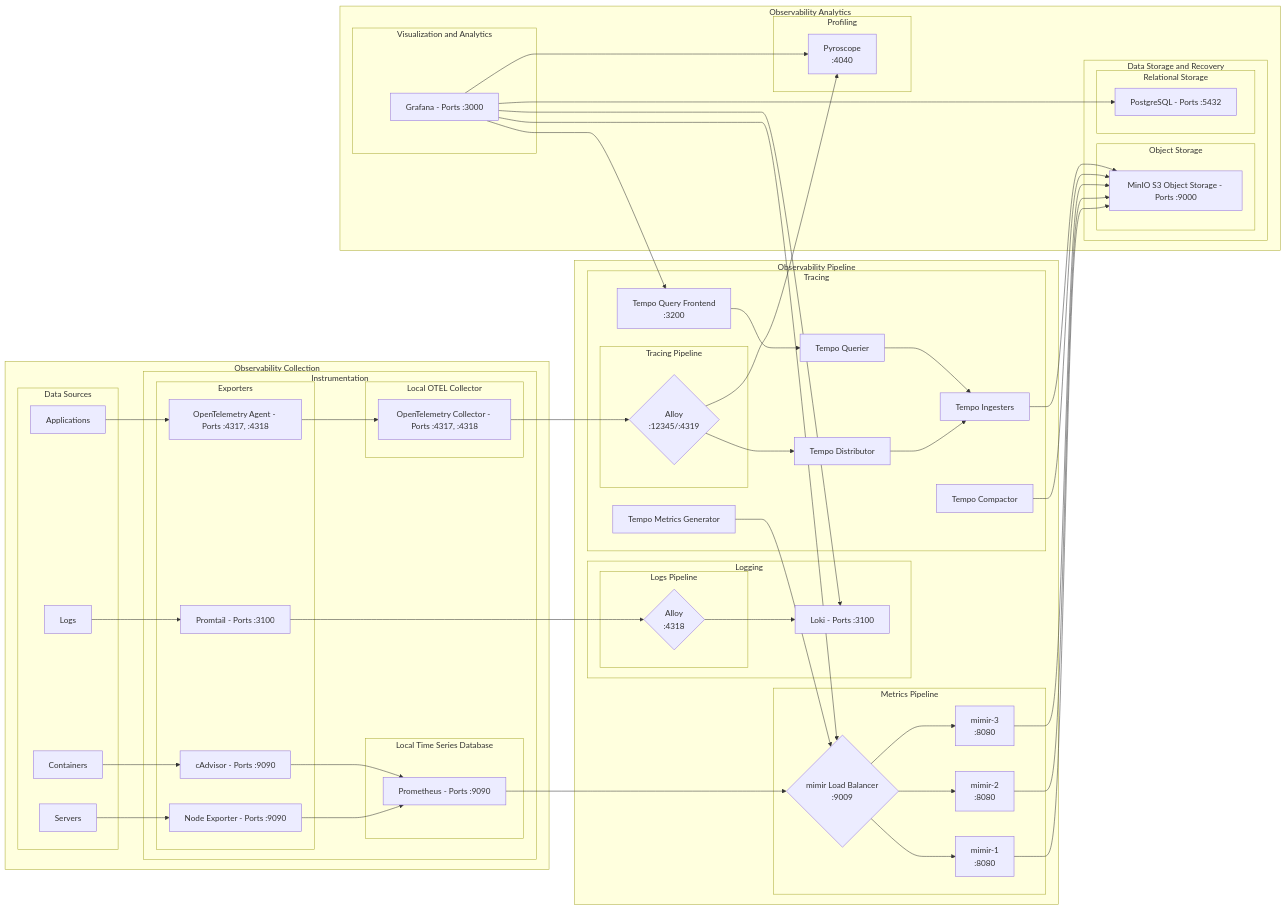
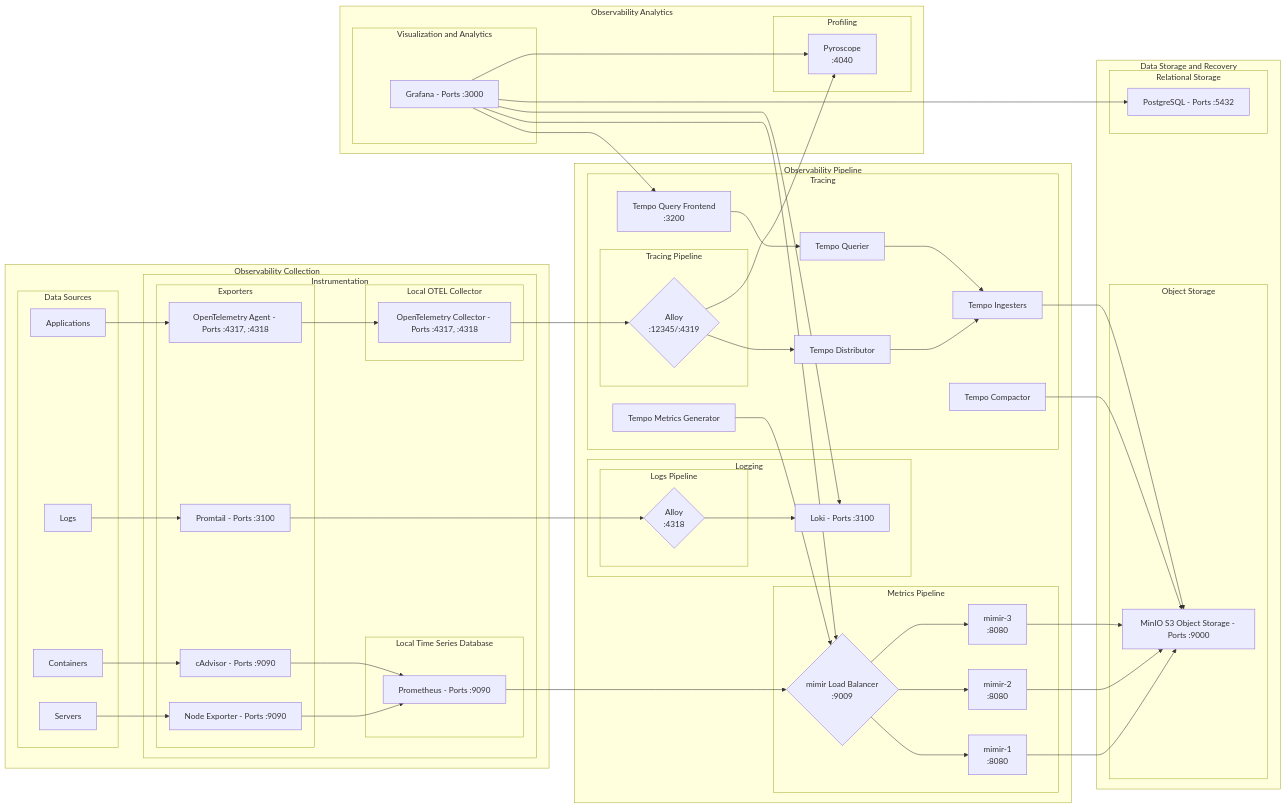
Before and after one commit to uhstray-io/o11y: the diagram in README.md, drawn with Mermaid.

Commit message:
cleaned up architecture diagram some more

```diff
--- a/README.md
+++ b/README.md
@@ -62,7 +62,6 @@
 
     subgraph Observability Analytics
 
-
         subgraph Visualization and Analytics
             grafana[Grafana - Ports :3000]
         end
@@ -71,13 +70,14 @@
             pyroscope["Pyroscope<br>:4040"]
         end
 
-        subgraph Data Storage and Recovery
+    end
+
+    subgraph Data Storage and Recovery
             subgraph Object Storage
             minio[MinIO S3 Object Storage - Ports :9000]
             end
             subgraph Relational Storage
                 postgres[PostgreSQL - Ports :5432]
-            end
         end
     end
     
```
